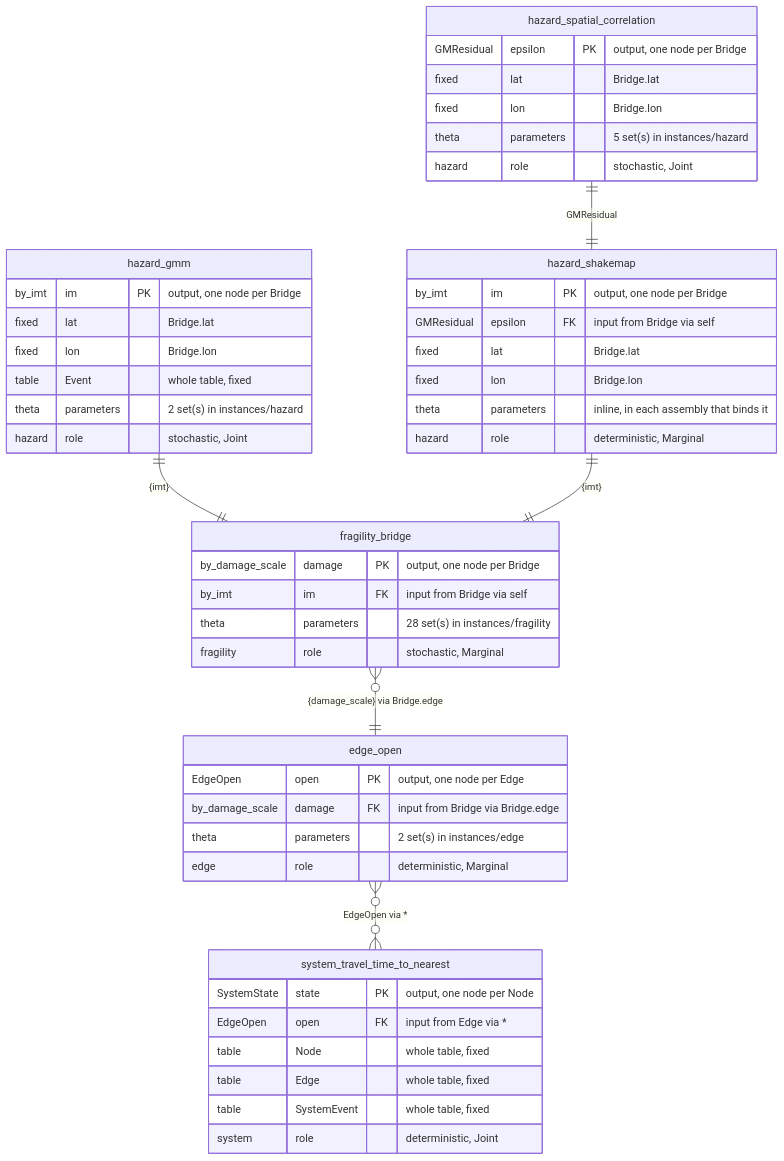
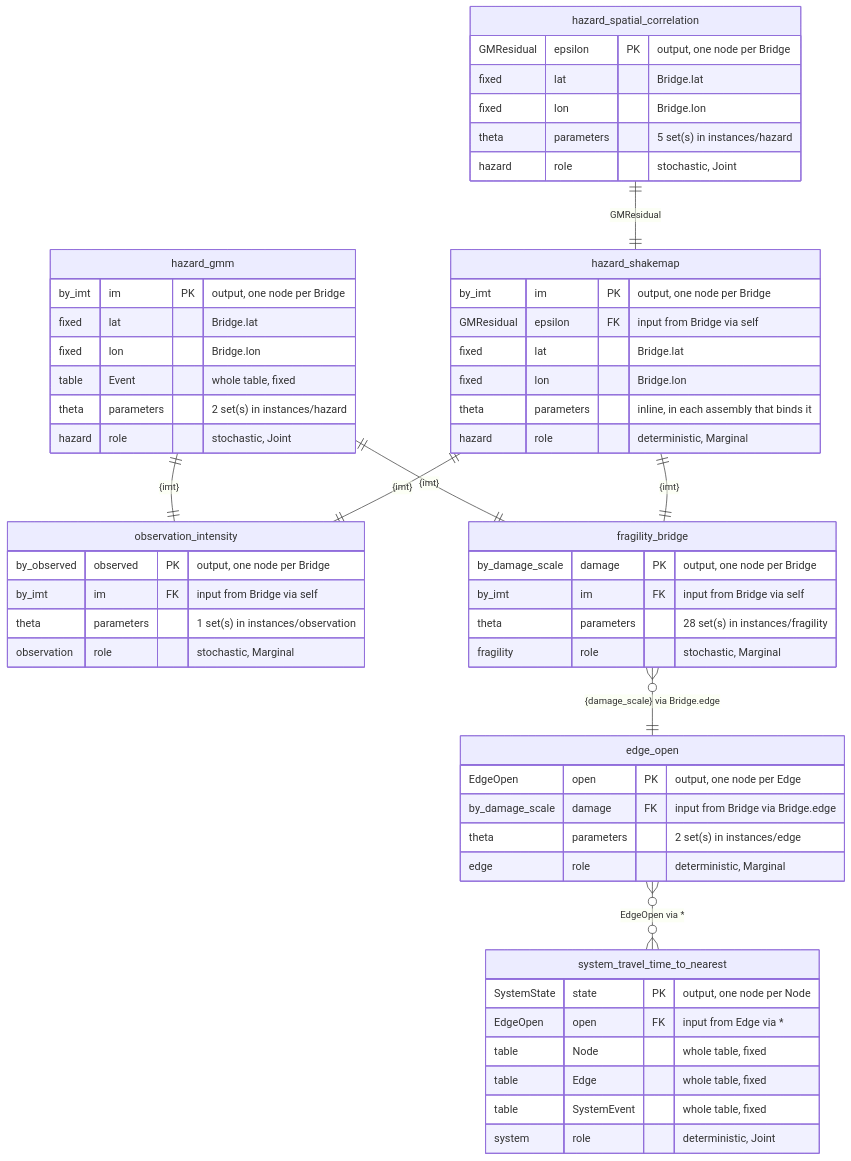
Before and after one commit to dynaryu/bn-transport-eq: the first of 2 diagrams in schema/diagram.md, drawn with Mermaid. The commit also changed other lines of this file and 85 other files, not shown here.

````diff
--- a/schema/diagram.md
+++ b/schema/diagram.md
@@ -13,51 +13,59 @@
 ```mermaid
 erDiagram
     hazard_gmm {
         by_imt im PK "output, one node per Bridge"
         fixed lat "Bridge.lat"
         fixed lon "Bridge.lon"
         table Event "whole table, fixed"
         theta parameters "2 set(s) in instances/hazard"
         hazard role "stochastic, Joint"
     }
     hazard_shakemap {
         by_imt im PK "output, one node per Bridge"
         GMResidual epsilon FK "input from Bridge via self"
         fixed lat "Bridge.lat"
         fixed lon "Bridge.lon"
         theta parameters "inline, in each assembly that binds it"
         hazard role "deterministic, Marginal"
     }
     hazard_spatial_correlation {
         GMResidual epsilon PK "output, one node per Bridge"
         fixed lat "Bridge.lat"
         fixed lon "Bridge.lon"
         theta parameters "5 set(s) in instances/hazard"
         hazard role "stochastic, Joint"
     }
+    observation_intensity {
+        by_observed observed PK "output, one node per Bridge"
+        by_imt im FK "input from Bridge via self"
+        theta parameters "1 set(s) in instances/observation"
+        observation role "stochastic, Marginal"
+    }
     fragility_bridge {
         by_damage_scale damage PK "output, one node per Bridge"
         by_imt im FK "input from Bridge via self"
         theta parameters "28 set(s) in instances/fragility"
         fragility role "stochastic, Marginal"
     }
     edge_open {
         EdgeOpen open PK "output, one node per Edge"
         by_damage_scale damage FK "input from Bridge via Bridge.edge"
         theta parameters "2 set(s) in instances/edge"
         edge role "deterministic, Marginal"
     }
     system_travel_time_to_nearest {
         SystemState state PK "output, one node per Node"
         EdgeOpen open FK "input from Edge via *"
         table Node "whole table, fixed"
         table Edge "whole table, fixed"
         table SystemEvent "whole table, fixed"
         system role "deterministic, Joint"
     }
     hazard_spatial_correlation ||--|| hazard_shakemap : "GMResidual"
+    hazard_gmm ||--|| observation_intensity : "{imt}"
+    hazard_shakemap ||--|| observation_intensity : "{imt}"
     hazard_gmm ||--|| fragility_bridge : "{imt}"
     hazard_shakemap ||--|| fragility_bridge : "{imt}"
     fragility_bridge }o--|| edge_open : "{damage_scale} via Bridge.edge"
     edge_open }o--o{ system_travel_time_to_nearest : "EdgeOpen via *"
 ```
````
